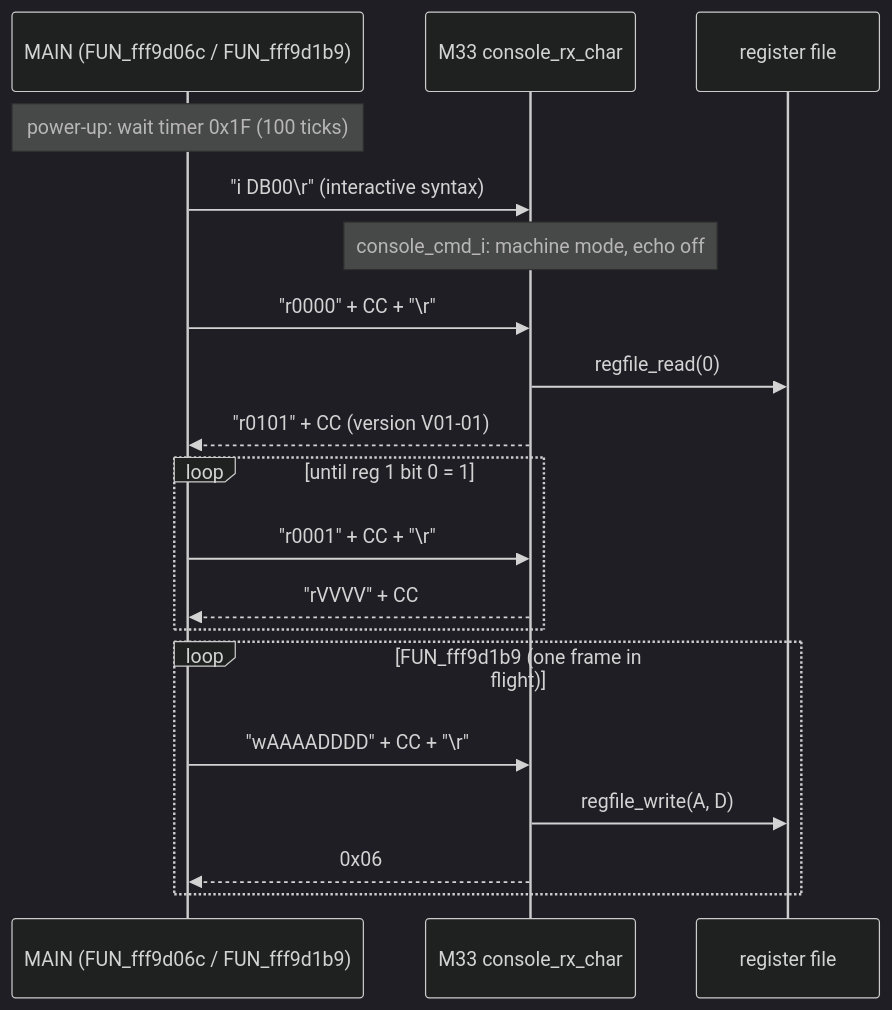
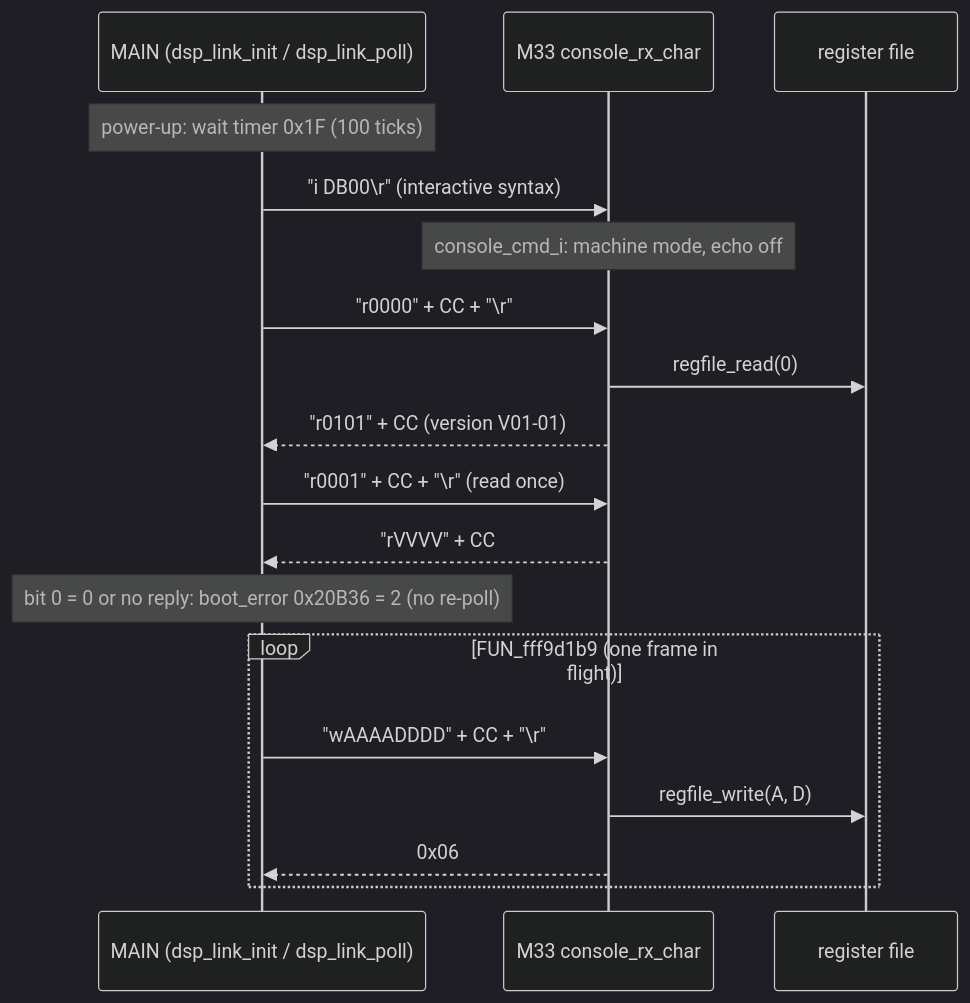
Before and after one commit to Reid-n0rc/FT-710_Firmware: the second of 3 diagrams in docs/code/ifdsp/control-link.md, drawn with Mermaid (dark theme). The commit also changed other lines of this file and 3 other files, not shown here.

First line of the commit message:
T19h: DSP boot reads reg 1 once (a3); dsp_reg_access naming (f3); 113 registers, 98 used (f4); reg 6 mapping linked (f5)

````diff
--- a/docs/code/ifdsp/control-link.md
+++ b/docs/code/ifdsp/control-link.md
@@ -126,21 +126,20 @@
 ```mermaid
 sequenceDiagram
-  participant M as MAIN (FUN_fff9d06c / FUN_fff9d1b9)
+  participant M as MAIN (dsp_link_init / dsp_link_poll)
   participant C as M33 console_rx_char
   participant R as register file
   Note over M: power-up: wait timer 0x1F (100 ticks)
   M->>C: "i DB00\r" (interactive syntax)
   Note over C: console_cmd_i: machine mode, echo off
   M->>C: "r0000" + CC + "\r"
   C->>R: regfile_read(0)
   C-->>M: "r0101" + CC  (version V01-01)
-  loop until reg 1 bit 0 = 1
-    M->>C: "r0001" + CC + "\r"
-    C-->>M: "rVVVV" + CC
-  end
+  M->>C: "r0001" + CC + "\r" (read once)
+  C-->>M: "rVVVV" + CC
+  Note over M: bit 0 = 0 or no reply: boot_error 0x20B36 = 2 (no re-poll)
   loop FUN_fff9d1b9 (one frame in flight)
     M->>C: "wAAAADDDD" + CC + "\r"
     C->>R: regfile_write(A, D)
     C-->>M: 0x06
   end
 ```
````
